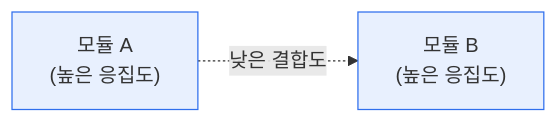
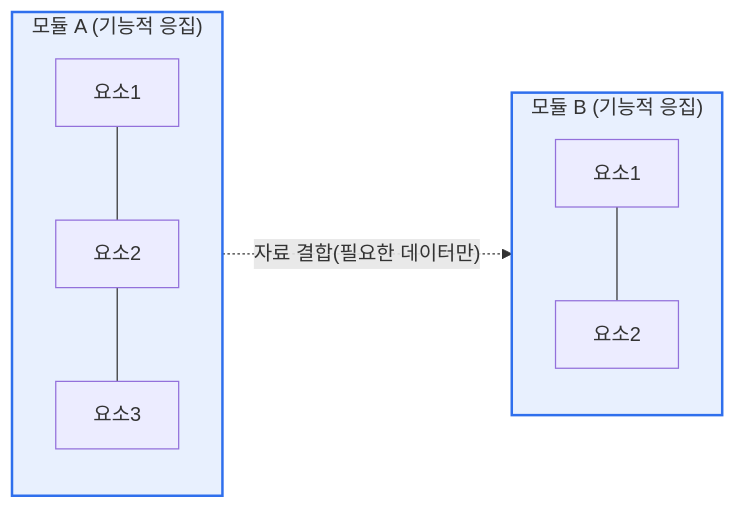
One commit to coninggu/wjdqhrhksflrltnftk changed the first of 2 diagrams in content/module-cohesion-coupling.md. Above: the diagram before and after it, drawn with Mermaid. The commit also changed other lines of this file and 3 other files, not shown here.

Commit message:
Deepen 소프트웨어 모듈 — 응집도·결합도·Fan-in/out, 개인정보의 안전성 확보조치 기준 (auto)

````diff
--- a/content/module-cohesion-coupling.md
+++ b/content/module-cohesion-coupling.md
@@ -15,6 +21,12 @@
 ```mermaid
 flowchart LR
-  M1["모듈 A<br/>(높은 응집도)"] -.->|낮은 결합도| M2["모듈 B<br/>(높은 응집도)"]
-  style M1 fill:#e8f0fe,stroke:#2f6fed
-  style M2 fill:#e8f0fe,stroke:#2f6fed
+  subgraph A["모듈 A (기능적 응집)"]
+    a1["요소1"] --- a2["요소2"] --- a3["요소3"]
+  end
+  subgraph B["모듈 B (기능적 응집)"]
+    b1["요소1"] --- b2["요소2"]
+  end
+  A -.->|"자료 결합(필요한 데이터만)"| B
+  style A fill:#e8f0fe,stroke:#2f6fed,stroke-width:2px
+  style B fill:#e8f0fe,stroke:#2f6fed,stroke-width:2px
 ```
````
